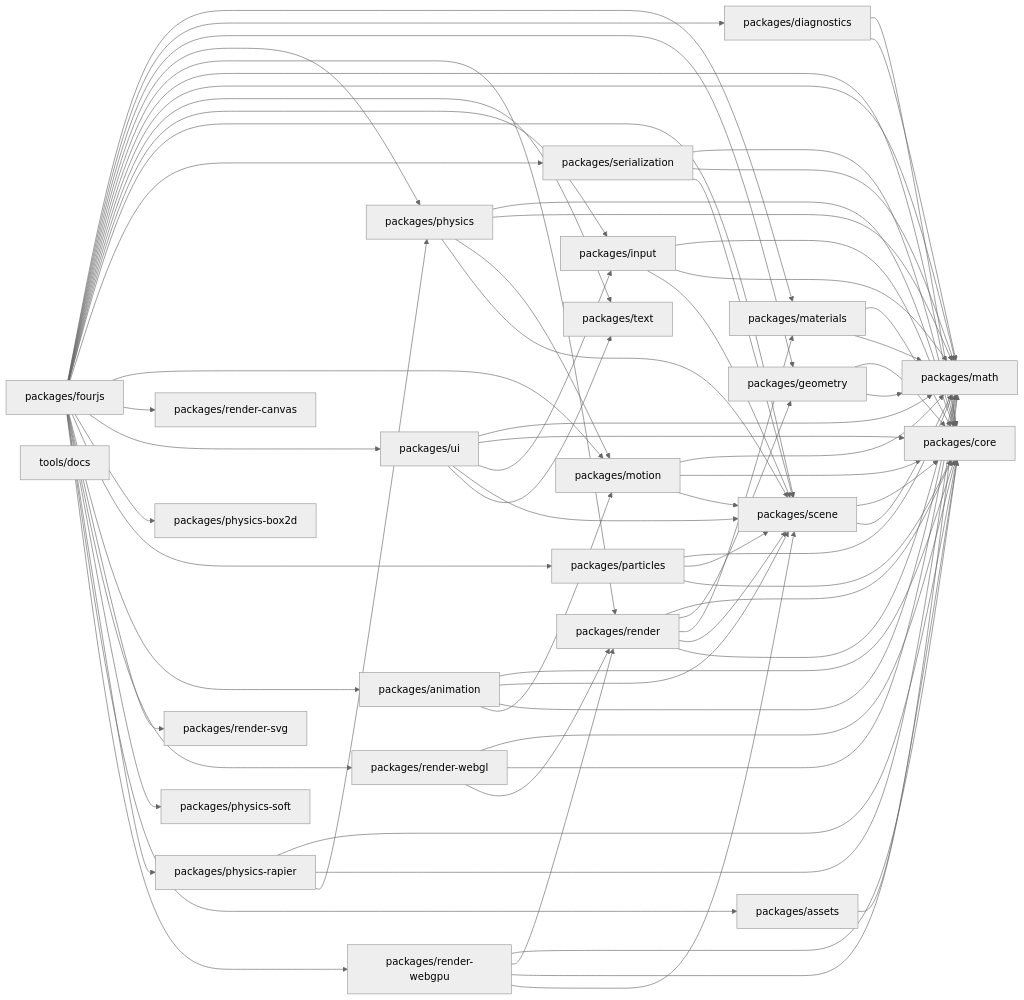
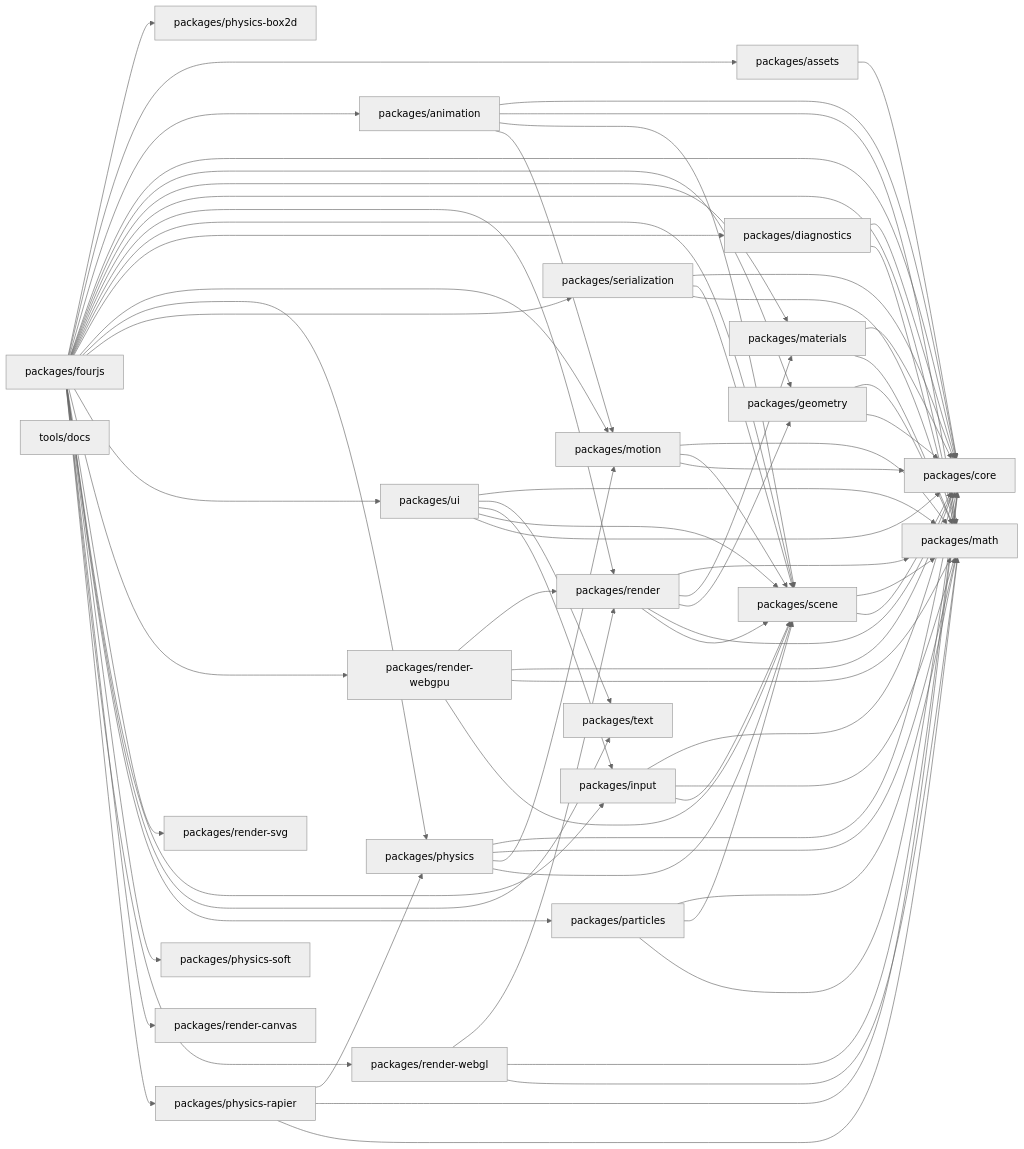
One commit to danielsimonjr/four.js changed the first of 2 diagrams in docs/Architecture/DEPENDENCY_GRAPH.md. Above: the diagram before and after it, drawn with Mermaid (neutral theme). The commit also changed other lines of this file and 14 other files, not shown here.

First line of the commit message:
render-webgl: merge the register-seams packet; regenerate graph reports; trackers

````diff
--- a/docs/Architecture/DEPENDENCY_GRAPH.md
+++ b/docs/Architecture/DEPENDENCY_GRAPH.md
@@ -109,100 +109,100 @@
 ```mermaid
 graph LR
-    P0[packages/diagnostics]
-    P1[packages/scene]
-    P2[packages/render]
-    P3[packages/fourjs]
-    P4[packages/physics]
-    P5[packages/particles]
-    P6[packages/geometry]
-    P7[packages/motion]
-    P8[packages/text]
-    P9[packages/math]
-    P10[packages/ui]
-    P11[packages/core]
-    P12[packages/render-webgpu]
-    P13[packages/animation]
-    P14[packages/assets]
-    P15[packages/render-webgl]
-    P16[packages/physics-rapier]
-    P17[packages/input]
-    P18[packages/render-svg]
-    P19[packages/render-canvas]
-    P20[packages/materials]
-    P21[packages/physics-box2d]
-    P22[packages/serialization]
-    P23[packages/physics-soft]
+    P0[packages/particles]
+    P1[packages/materials]
+    P2[packages/ui]
+    P3[packages/text]
+    P4[packages/math]
+    P5[packages/render-svg]
+    P6[packages/physics-box2d]
+    P7[packages/scene]
+    P8[packages/assets]
+    P9[packages/physics-soft]
+    P10[packages/physics-rapier]
+    P11[packages/render-webgl]
+    P12[packages/physics]
+    P13[packages/geometry]
+    P14[packages/render]
+    P15[packages/input]
+    P16[packages/render-webgpu]
+    P17[packages/render-canvas]
+    P18[packages/motion]
+    P19[packages/animation]
+    P20[packages/diagnostics]
+    P21[packages/core]
+    P22[packages/fourjs]
+    P23[packages/serialization]
     P24[tools/docs]
-    P0 --> P11
-    P0 --> P9
-    P1 --> P11
-    P1 --> P9
-    P2 --> P11
-    P2 --> P6
-    P2 --> P20
-    P2 --> P1
-    P2 --> P9
-    P3 --> P20
-    P3 --> P0
-    P3 --> P6
-    P3 --> P4
-    P3 --> P2
-    P3 --> P11
-    P3 --> P9
-    P3 --> P8
-    P3 --> P17
-    P3 --> P1
-    P3 --> P22
-    P3 --> P7
-    P3 --> P19
-    P3 --> P10
-    P3 --> P21
-    P3 --> P5
-    P3 --> P13
-    P3 --> P18
-    P3 --> P15
-    P3 --> P23
-    P3 --> P16
-    P3 --> P14
-    P3 --> P12
-    P4 --> P11
-    P4 --> P9
-    P4 --> P7
-    P4 --> P1
-    P5 --> P9
-    P5 --> P1
-    P5 --> P11
-    P6 --> P11
-    P6 --> P9
-    P7 --> P9
-    P7 --> P11
-    P7 --> P1
-    P10 --> P9
-    P10 --> P11
-    P10 --> P17
-    P10 --> P1
-    P10 --> P8
-    P12 --> P11
-    P12 --> P2
-    P12 --> P9
-    P12 --> P1
-    P13 --> P11
-    P13 --> P1
-    P13 --> P9
-    P13 --> P7
-    P14 --> P11
-    P15 --> P11
-    P15 --> P9
-    P15 --> P2
-    P16 --> P11
-    P16 --> P9
+    P0 --> P4
+    P0 --> P7
+    P0 --> P21
+    P1 --> P21
+    P1 --> P4
+    P2 --> P4
+    P2 --> P3
+    P2 --> P15
+    P2 --> P7
+    P2 --> P21
+    P7 --> P4
+    P7 --> P21
+    P8 --> P21
+    P10 --> P12
+    P10 --> P21
+    P10 --> P4
+    P11 --> P14
+    P11 --> P21
+    P11 --> P4
+    P12 --> P21
+    P12 --> P4
+    P12 --> P18
+    P12 --> P7
+    P13 --> P4
+    P13 --> P21
+    P14 --> P4
+    P14 --> P1
+    P14 --> P13
+    P14 --> P21
+    P14 --> P7
+    P15 --> P21
+    P15 --> P4
+    P15 --> P7
+    P16 --> P14
+    P16 --> P21
     P16 --> P4
-    P17 --> P11
-    P17 --> P9
-    P17 --> P1
-    P20 --> P11
-    P20 --> P9
+    P16 --> P7
+    P18 --> P4
+    P18 --> P7
+    P18 --> P21
+    P19 --> P21
+    P19 --> P4
+    P19 --> P7
+    P19 --> P18
+    P20 --> P21
+    P20 --> P4
+    P22 --> P6
+    P22 --> P8
+    P22 --> P19
+    P22 --> P21
+    P22 --> P13
+    P22 --> P1
+    P22 --> P4
+    P22 --> P14
+    P22 --> P7
+    P22 --> P20
+    P22 --> P18
+    P22 --> P12
+    P22 --> P23
+    P22 --> P2
+    P22 --> P16
+    P22 --> P5
+    P22 --> P15
+    P22 --> P3
+    P22 --> P0
+    P22 --> P9
+    P22 --> P17
     P22 --> P11
-    P22 --> P9
-    P22 --> P1
+    P22 --> P10
+    P23 --> P21
+    P23 --> P7
+    P23 --> P4
 ```
````
